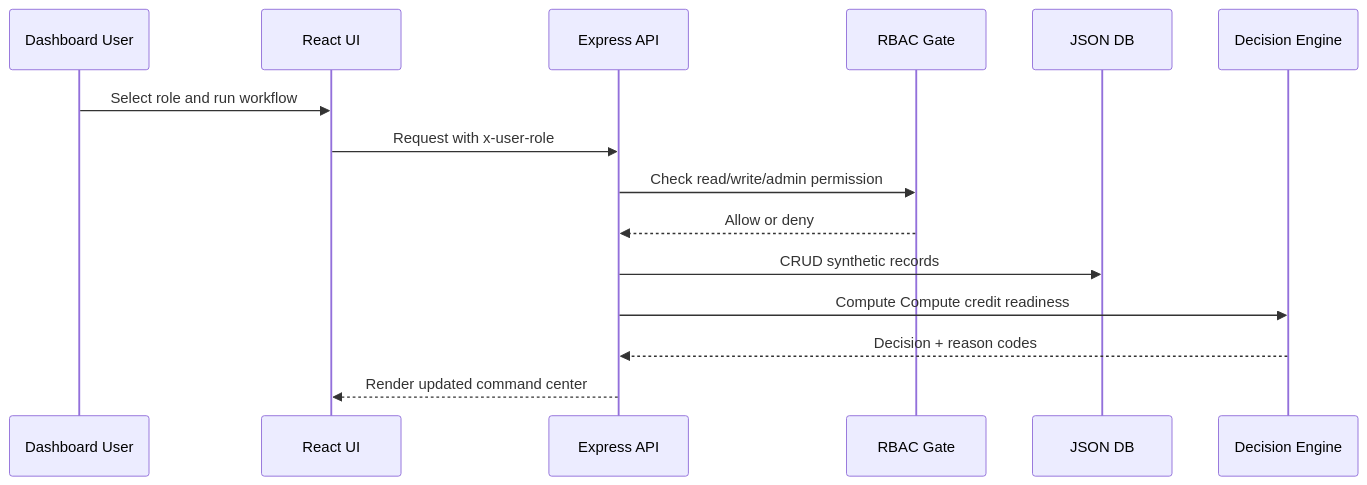
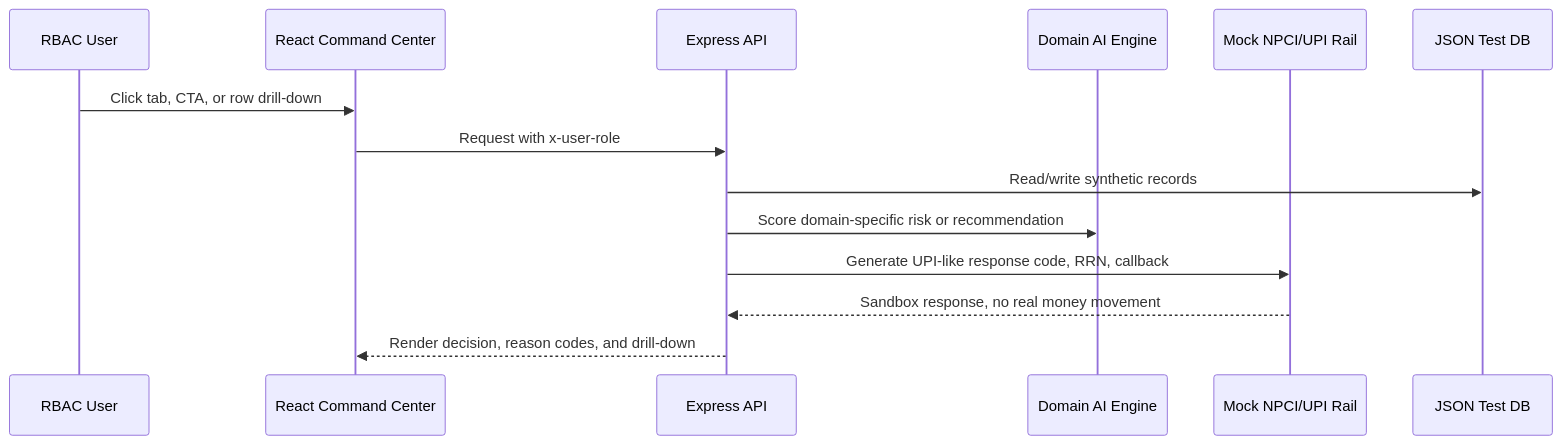
Before and after one commit to jprbom/cashflow-memory-for-bharat: the second of 3 diagrams in docs/DIAGRAMS.md, drawn with Mermaid. The commit also changed other lines of this file and 15 other files, not shown here.

Commit message:
feat: wire working demo flows and mock UPI rail

```diff
--- a/docs/DIAGRAMS.md
+++ b/docs/DIAGRAMS.md
@@ -56,17 +31,16 @@
 ~~~mermaid
 sequenceDiagram
-  participant User as Dashboard User
-  participant UI as React UI
+  participant User as RBAC User
+  participant UI as React Command Center
   participant API as Express API
-  participant RBAC as RBAC Gate
-  participant DB as JSON DB
-  participant Engine as Decision Engine
-  User->>UI: Select role and run workflow
+  participant Model as Domain AI Engine
+  participant Mock as Mock NPCI/UPI Rail
+  participant DB as JSON Test DB
+  User->>UI: Click tab, CTA, or row drill-down
   UI->>API: Request with x-user-role
-  API->>RBAC: Check read/write/admin permission
-  RBAC-->>API: Allow or deny
-  API->>DB: CRUD synthetic records
-  API->>Engine: Compute Compute credit readiness
-  Engine-->>API: Decision + reason codes
-  API-->>UI: Render updated command center
+  API->>DB: Read/write synthetic records
+  API->>Model: Score domain-specific risk or recommendation
+  API->>Mock: Generate UPI-like response code, RRN, callback
+  Mock-->>API: Sandbox response, no real money movement
+  API-->>UI: Render decision, reason codes, and drill-down
 ~~~
```
